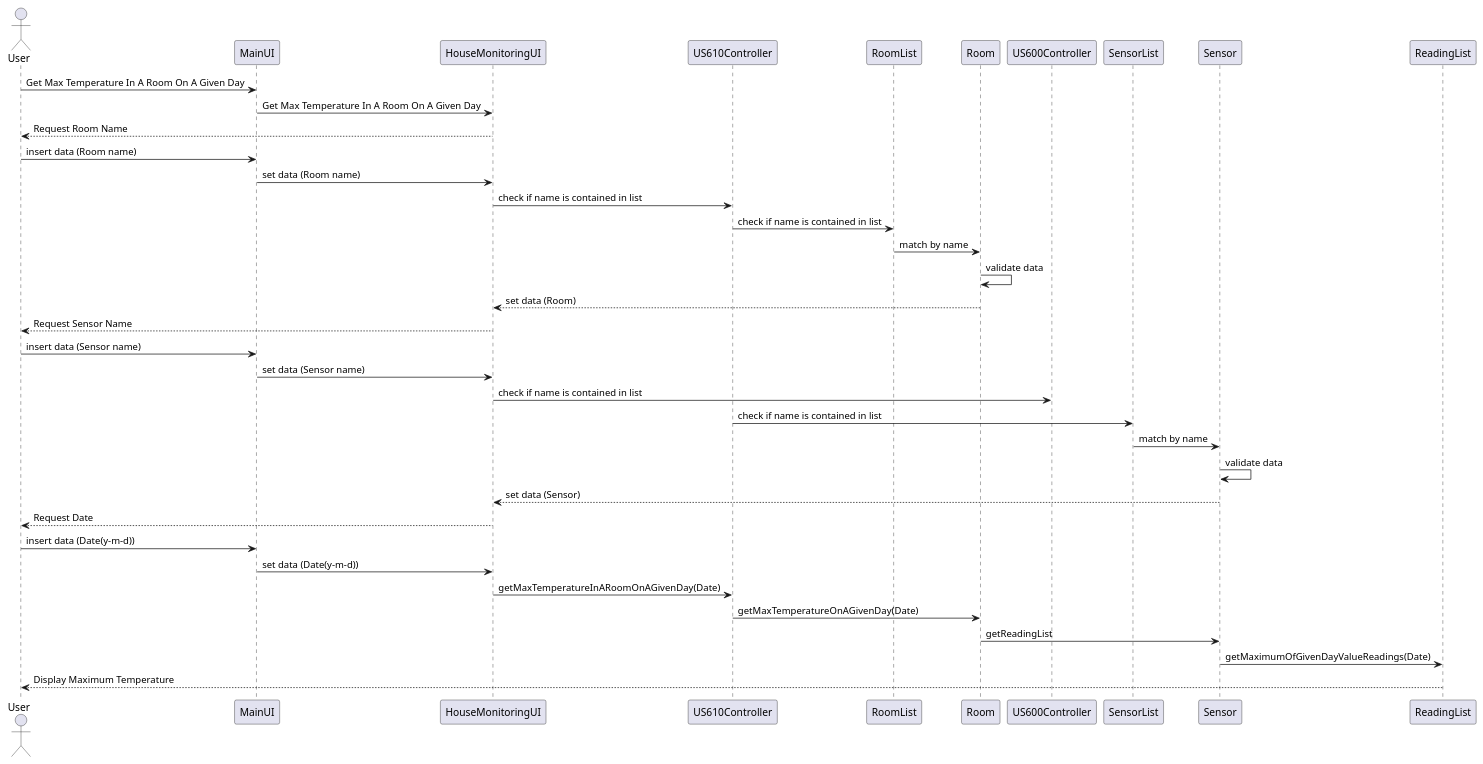
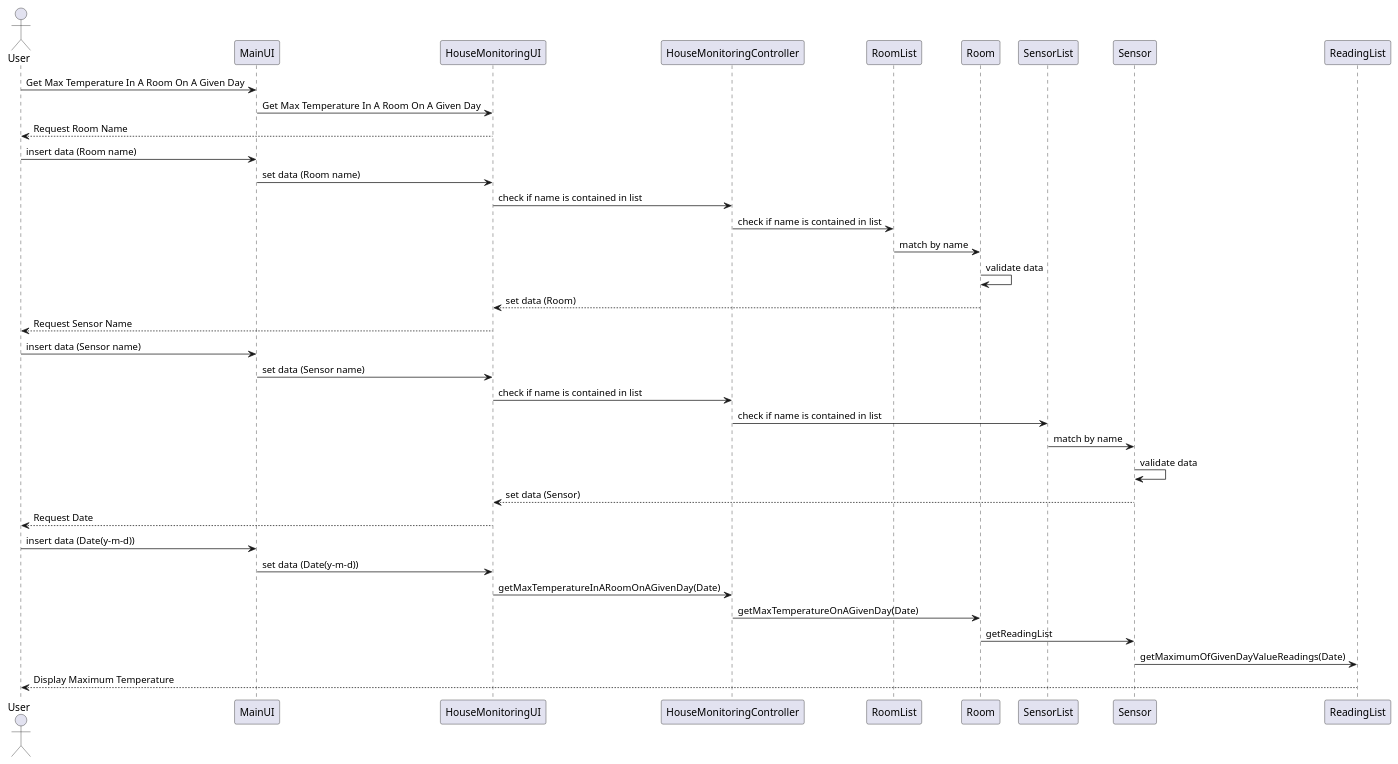
Before and after one commit to Almadanmp/project: the diagram in src/main/java/pt/ipp/isep/dei/project/controller/US610.puml, drawn with PlantUML. The commit also changed 2 other files, not shown here.

Commit message:
#32 - More tests added to HouseMonitoringController. UML sequence updated.

```diff
--- a/src/main/java/pt/ipp/isep/dei/project/controller/US610.puml
+++ b/src/main/java/pt/ipp/isep/dei/project/controller/US610.puml
@@ -1,29 +1,29 @@
 @startuml
 actor User
 User -> MainUI: Get Max Temperature In A Room On A Given Day
 MainUI -> HouseMonitoringUI: Get Max Temperature In A Room On A Given Day
 HouseMonitoringUI --> User: Request Room Name
 User -> MainUI: insert data (Room name)
 MainUI -> HouseMonitoringUI: set data (Room name)
-HouseMonitoringUI -> US610Controller: check if name is contained in list
-US610Controller -> RoomList: check if name is contained in list
+HouseMonitoringUI -> HouseMonitoringController: check if name is contained in list
+HouseMonitoringController -> RoomList: check if name is contained in list
 RoomList -> Room: match by name
 Room -> Room: validate data
 Room --> HouseMonitoringUI: set data (Room)
 HouseMonitoringUI --> User: Request Sensor Name
 User -> MainUI: insert data (Sensor name)
 MainUI -> HouseMonitoringUI: set data (Sensor name)
-HouseMonitoringUI -> US600Controller: check if name is contained in list
-US610Controller -> SensorList: check if name is contained in list
+HouseMonitoringUI -> HouseMonitoringController: check if name is contained in list
+HouseMonitoringController -> SensorList: check if name is contained in list
 SensorList -> Sensor: match by name
 Sensor -> Sensor: validate data
 Sensor --> HouseMonitoringUI: set data (Sensor)
 HouseMonitoringUI --> User: Request Date
 User -> MainUI: insert data (Date(y-m-d))
 MainUI -> HouseMonitoringUI: set data (Date(y-m-d))
-HouseMonitoringUI -> US610Controller: getMaxTemperatureInARoomOnAGivenDay(Date)
-US610Controller->Room: getMaxTemperatureOnAGivenDay(Date)
+HouseMonitoringUI -> HouseMonitoringController: getMaxTemperatureInARoomOnAGivenDay(Date)
+HouseMonitoringController->Room: getMaxTemperatureOnAGivenDay(Date)
 Room->Sensor: getReadingList
 Sensor->ReadingList:getMaximumOfGivenDayValueReadings(Date)
 ReadingList-->User: Display Maximum Temperature
 @enduml
```
